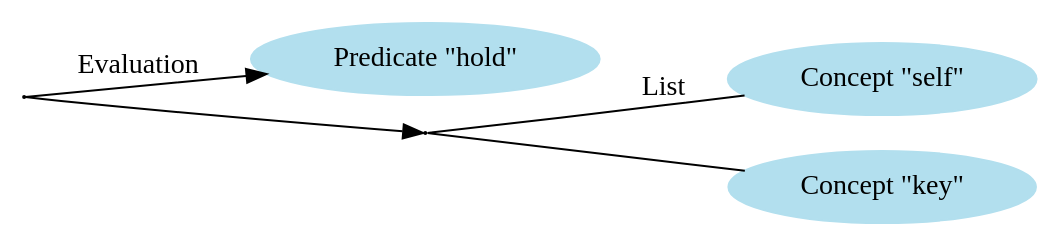
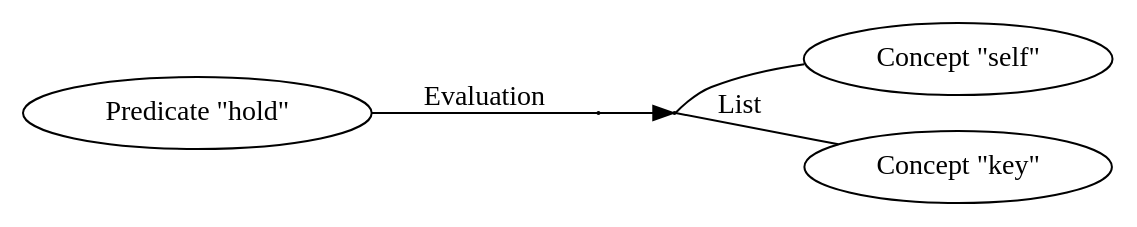
Before and after one commit to edyirdaw/rocca: the diagram in examples/visualize_atoms/atoms.gv, drawn with Graphviz. The commit also changed 1 other file, not shown here.

Commit message:
Visualization experiments with graphviz and atomspace restapi

```diff
--- a/examples/visualize_atoms/atoms.gv
+++ b/examples/visualize_atoms/atoms.gv
@@ -1,45 +1,47 @@
     digraph G{
     rankdir="LR"
     edge [dir=forward]
     node [shape=oval] // plaintext
-    //node [shape=oval color=lightblue2 style=filled] // plaintext
+    // node [shape=oval color=lightblue2 style=filled] // plaintext
 
+    /*
     0 [label="" fixedsize=true width=0 height=0]
     0 -> 1 [label="Evaluation"]
     0 -> 4 [label=""]
     1 [label="Predicate \"hold\"" color=lightblue2, style=filled]
     2 [label="Concept \"self\"" color=lightblue2, style=filled]
     3 [label="Concept \"key\"" color=lightblue2, style=filled]
     4 [label="" fixedsize=true width=0 height=0 ]
     4 -> 3 [label="" dir=none]
     4 -> 2 [label="List" dir=none]
     }
+    */
 
-    /*
+
     0 [label="Predicate \"hold\""]
     0 -> 1 [label="Evaluation" dir=none]
     1 [label="" fixedsize=true width=0 height=0]
     1 -> 5 [label=""]
     2 [label="Concept \"self\""]
     3 [label="Concept \"key\""]
     5 [label="" fixedsize=true width=0 height=0 ]
     5 -> 3 [label="List" dir=none]
     5 -> 2 [label="" dir=none]
     }
-    */
+
 
     /*
     0 [label="Predicate \"hold\""]
     0 -> 5 [label="Evaluation"]
     // 1 [label="1"]
     2 [label="Concept \"self\""]
     // 2 -> 1 [label="advmod"]
     3 [label="Concept \"key\""]
     // 4 [label="4"]
     // 5 [label="5" width=0.00005 shape=circle ]
     5 [label="" fixedsize=true width=0.001 height=0.001 ]
     5 -> 3 [label="List" dir=none]
     5 -> 2 [label="" dir=none]
     // 5 -> 4 [label="nsubj"]
     }
     */
```
